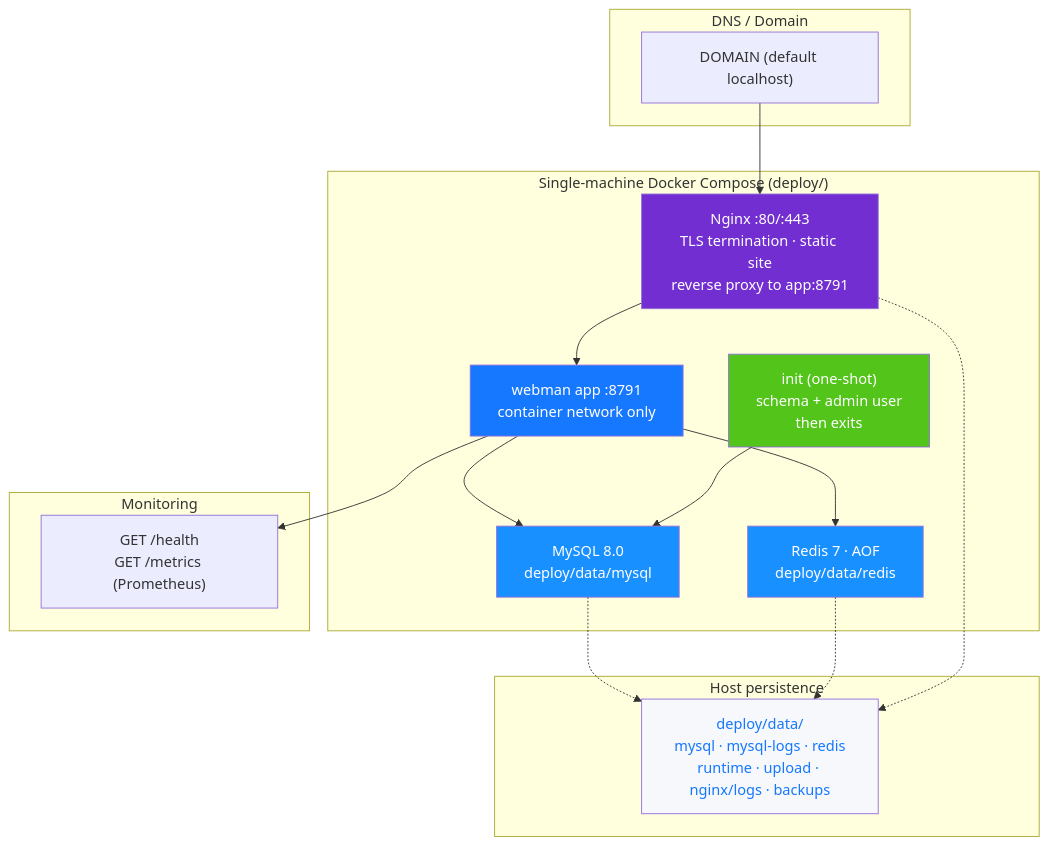
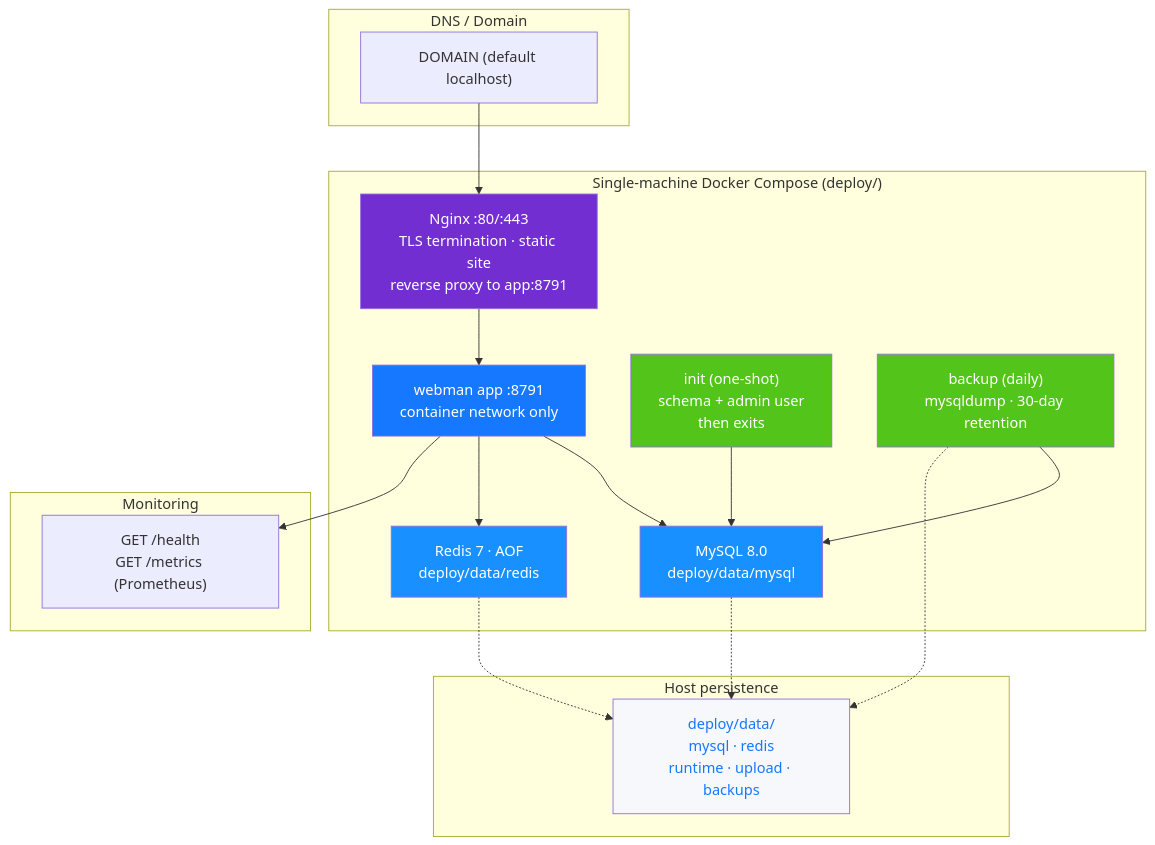
One commit to erikwang2013/open-admin changed diagram 14 of 14 in docs/ARCHITECTURE.en.md. Above: the diagram before and after it, drawn with Mermaid. The commit also changed other lines of this file and 49 other files, not shown here.

````diff
--- a/docs/ARCHITECTURE.en.md
+++ b/docs/ARCHITECTURE.en.md
@@ -636,39 +636,42 @@
 ```mermaid
 flowchart TB
     subgraph "DNS / Domain"
         DNS["DOMAIN (default localhost)"]
     end
 
     subgraph "Single-machine Docker Compose (deploy/)"
         NGX["Nginx :80/:443<br/>TLS termination · static site<br/>reverse proxy to app:8791"]
         WM["webman app :8791<br/>container network only"]
         INIT["init (one-shot)<br/>schema + admin user<br/>then exits"]
         MYSQL["MySQL 8.0<br/>deploy/data/mysql"]
         REDIS["Redis 7 · AOF<br/>deploy/data/redis"]
+        BACKUP["backup (daily)<br/>mysqldump · 30-day retention"]
     end
 
     subgraph "Host persistence"
-        DATA["deploy/data/<br/>mysql · mysql-logs · redis<br/>runtime · upload · nginx/logs · backups"]
+        DATA["deploy/data/<br/>mysql · redis<br/>runtime · upload · backups"]
     end
 
     subgraph "Monitoring"
         MON["GET /health<br/>GET /metrics (Prometheus)"]
     end
 
     DNS --> NGX
     NGX --> WM
     WM --> MYSQL
     WM --> REDIS
     INIT --> MYSQL
+    BACKUP --> MYSQL
     MYSQL -.-> DATA
     REDIS -.-> DATA
-    NGX -.-> DATA
+    BACKUP -.-> DATA
     WM --> MON
 
     style NGX fill:#722ED1,color:#fff
     style WM fill:#1677FF,color:#fff
     style INIT fill:#52C41A,color:#fff
     style MYSQL fill:#1890FF,color:#fff
     style REDIS fill:#1890FF,color:#fff
+    style BACKUP fill:#52C41A,color:#fff
     style DATA fill:#F6F8FC,color:#1677FF
 ```
````
